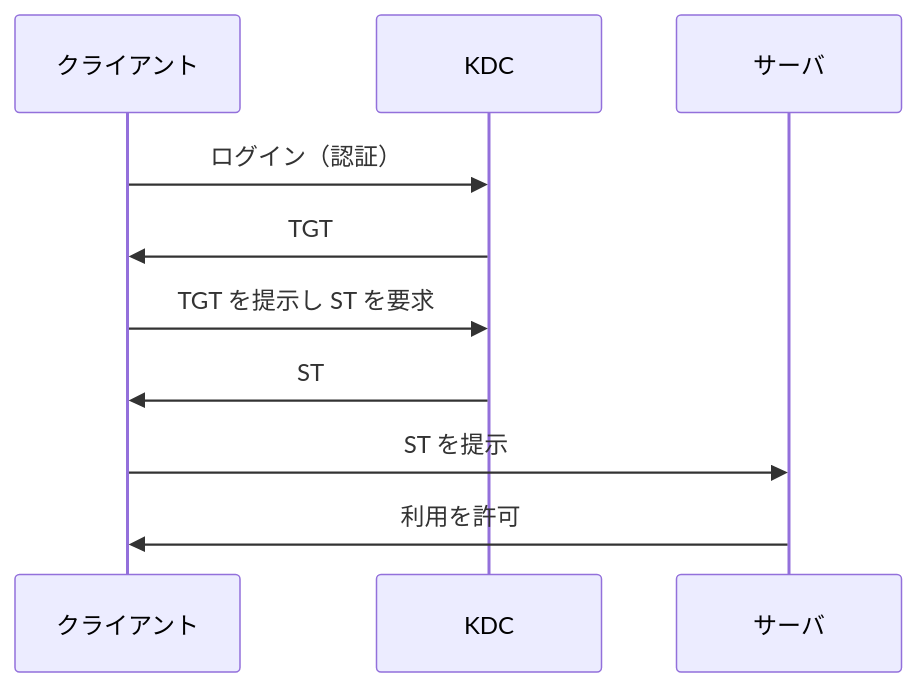
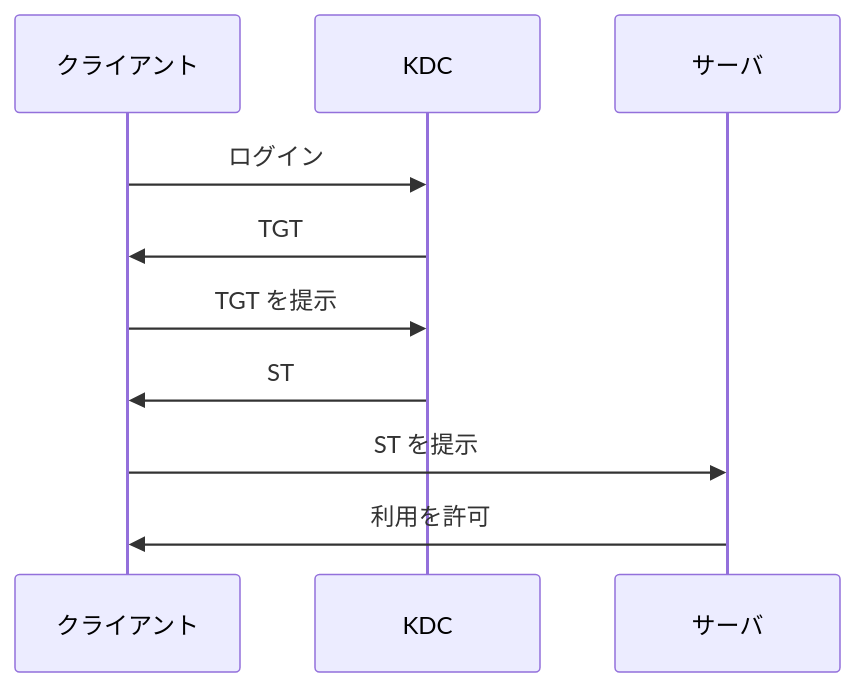
Before and after one commit to nnnaanaa/document: the second of 3 diagrams in network/security/auth-pki.md, drawn with Mermaid. The commit also changed other lines of this file and 2 other files, not shown here.

First line of the commit message:
新しい暗記シートの図の横幅を調整し、手順の説明を図の下に追記

````diff
--- a/network/security/auth-pki.md
+++ b/network/security/auth-pki.md
@@ -126,12 +126,12 @@
 ```mermaid
 sequenceDiagram
   participant C as クライアント
   participant K as KDC
   participant S as サーバ
-  C->>K: ログイン（認証）
+  C->>K: ログイン
   K->>C: TGT
-  C->>K: TGT を提示し ST を要求
+  C->>K: TGT を提示
   K->>C: ST
   C->>S: ST を提示
   S->>C: 利用を許可
 ```
````
